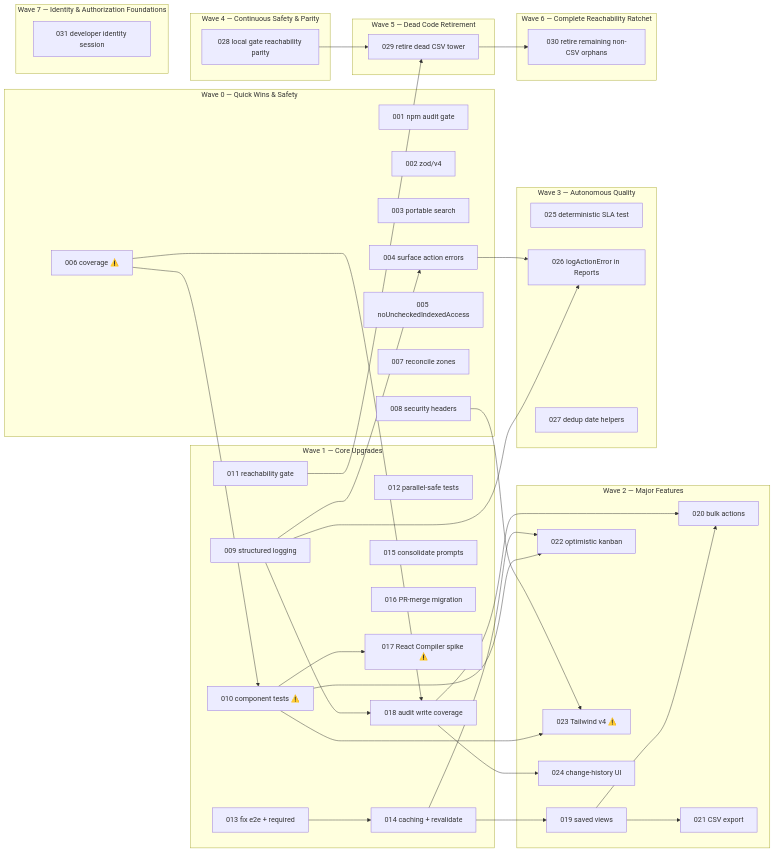
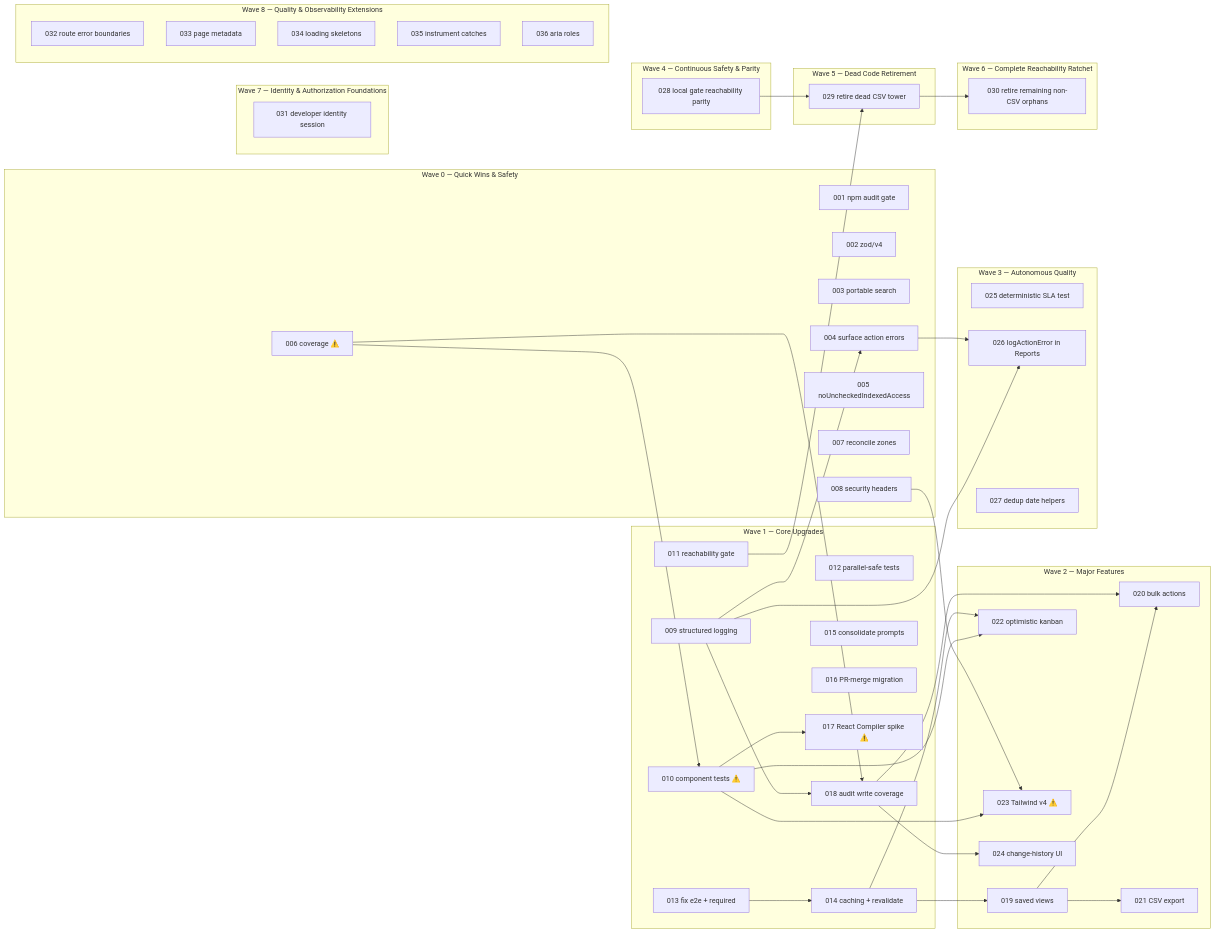
Before and after one commit to michaelcrosato/salesforce-lite-crm: the diagram in plan/ROADMAP.md, drawn with Mermaid. The commit also changed other lines of this file and 48 other files, not shown here.

Commit message:
feat(observability): implement Wave 8 route boundaries, loading skeletons, metadata titles, log instrumentation, and ARIA roles

````diff
--- a/plan/ROADMAP.md
+++ b/plan/ROADMAP.md
@@ -153,71 +169,78 @@
 ```mermaid
 graph LR
   subgraph P0["Wave 0 — Quick Wins & Safety"]
     S001["001 npm audit gate"]
     S002["002 zod/v4"]
     S003["003 portable search"]
     S004["004 surface action errors"]
     S005["005 noUncheckedIndexedAccess"]
     S006["006 coverage ⚠️"]
     S007["007 reconcile zones"]
     S008["008 security headers"]
   end
   subgraph P1["Wave 1 — Core Upgrades"]
     S009["009 structured logging"]
     S010["010 component tests ⚠️"]
     S011["011 reachability gate"]
     S012["012 parallel-safe tests"]
     S013["013 fix e2e + required"]
     S014["014 caching + revalidate"]
     S015["015 consolidate prompts"]
     S016["016 PR-merge migration"]
     S017["017 React Compiler spike ⚠️"]
     S018["018 audit write coverage"]
   end
   subgraph P2["Wave 2 — Major Features"]
     S019["019 saved views"]
     S020["020 bulk actions"]
     S021["021 CSV export"]
     S022["022 optimistic kanban"]
     S023["023 Tailwind v4 ⚠️"]
     S024["024 change-history UI"]
   end
   subgraph P3["Wave 3 — Autonomous Quality"]
     S025["025 deterministic SLA test"]
     S026["026 logActionError in Reports"]
     S027["027 dedup date helpers"]
   end
   subgraph P4["Wave 4 — Continuous Safety & Parity"]
     S028["028 local gate reachability parity"]
   end
   subgraph P5["Wave 5 — Dead Code Retirement"]
     S029["029 retire dead CSV tower"]
   end
   subgraph P6["Wave 6 — Complete Reachability Ratchet"]
     S030["030 retire remaining non-CSV orphans"]
   end
   subgraph P7["Wave 7 — Identity & Authorization Foundations"]
     S031["031 developer identity session"]
   end
+  subgraph P8["Wave 8 — Quality & Observability Extensions"]
+    S032["032 route error boundaries"]
+    S033["033 page metadata"]
+    S034["034 loading skeletons"]
+    S035["035 instrument catches"]
+    S036["036 aria roles"]
+  end
 
   S009 --> S004
   S009 --> S018
   S006 --> S010
   S006 --> S018
   S013 --> S014
   S010 --> S017
   S010 --> S022
   S010 --> S023
   S008 --> S023
   S014 --> S019
   S014 --> S022
   S019 --> S020
   S019 --> S021
   S018 --> S020
   S018 --> S024
   S009 --> S026
   S004 --> S026
   S011 --> S029
   S028 --> S029
   S029 --> S030
 ```
````
